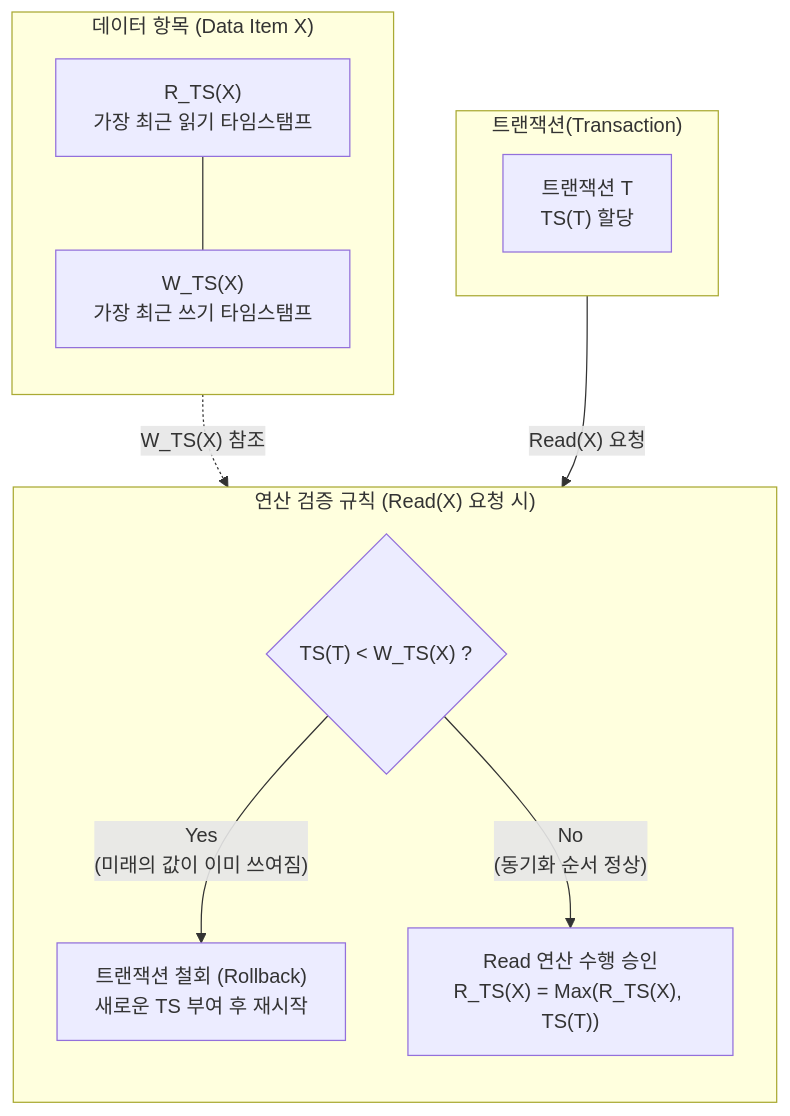
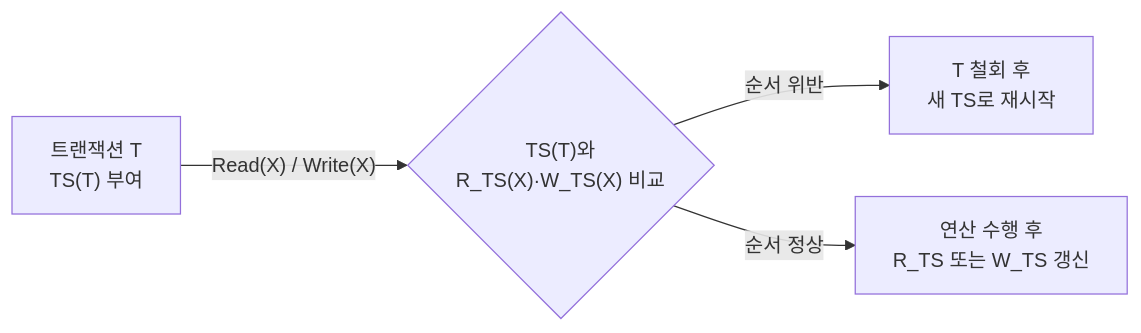
The diagram in content/01_IT Tech/타임스탬프 순서 기법.md (supremethumb/supremethumb.github.io), drawn with Mermaid before and after one commit. The commit also changed other lines of this file and 1087 other files, not shown here.

````diff
--- a/content/01_IT Tech/타임스탬프 순서 기법.md
+++ b/content/01_IT Tech/타임스탬프 순서 기법.md
@@ -23,29 +35,6 @@
 ```mermaid
-flowchart TB
-    subgraph Transaction["트랜잭션(Transaction)"]
-        direction LR
-        T_REQ["트랜잭션 T<br/>TS(T) 할당"]
-    end
-
-    subgraph DataItem["데이터 항목 (Data Item X)"]
-        direction TB
-        RTS["R_TS(X)<br/>가장 최근 읽기 타임스탬프"]
-        WTS["W_TS(X)<br/>가장 최근 쓰기 타임스탬프"]
-        RTS --- WTS
-    end
-
-    subgraph Evaluation["연산 검증 규칙 (Read(X) 요청 시)"]
-        direction TB
-        Cond{"TS(T) < W_TS(X) ?"}
-        
-        Reject["트랜잭션 철회 (Rollback)<br/>새로운 TS 부여 후 재시작"]
-        Accept["Read 연산 수행 승인<br/>R_TS(X) = Max(R_TS(X), TS(T))"]
-        
-        Cond -- "Yes<br/>(미래의 값이 이미 쓰여짐)" --> Reject
-        Cond -- "No<br/>(동기화 순서 정상)" --> Accept
-    end
-
-    T_REQ -- "Read(X) 요청" --> Cond
-    DataItem -. "W_TS(X) 참조" .-> Cond
-
+flowchart LR
+    T["트랜잭션 T<br/>TS(T) 부여"] -->|"Read(X) / Write(X)"| C{"TS(T)와<br/>R_TS(X)·W_TS(X) 비교"}
+    C -->|"순서 위반"| A["T 철회 후<br/>새 TS로 재시작"]
+    C -->|"순서 정상"| E["연산 수행 후<br/>R_TS 또는 W_TS 갱신"]
 ```
````
